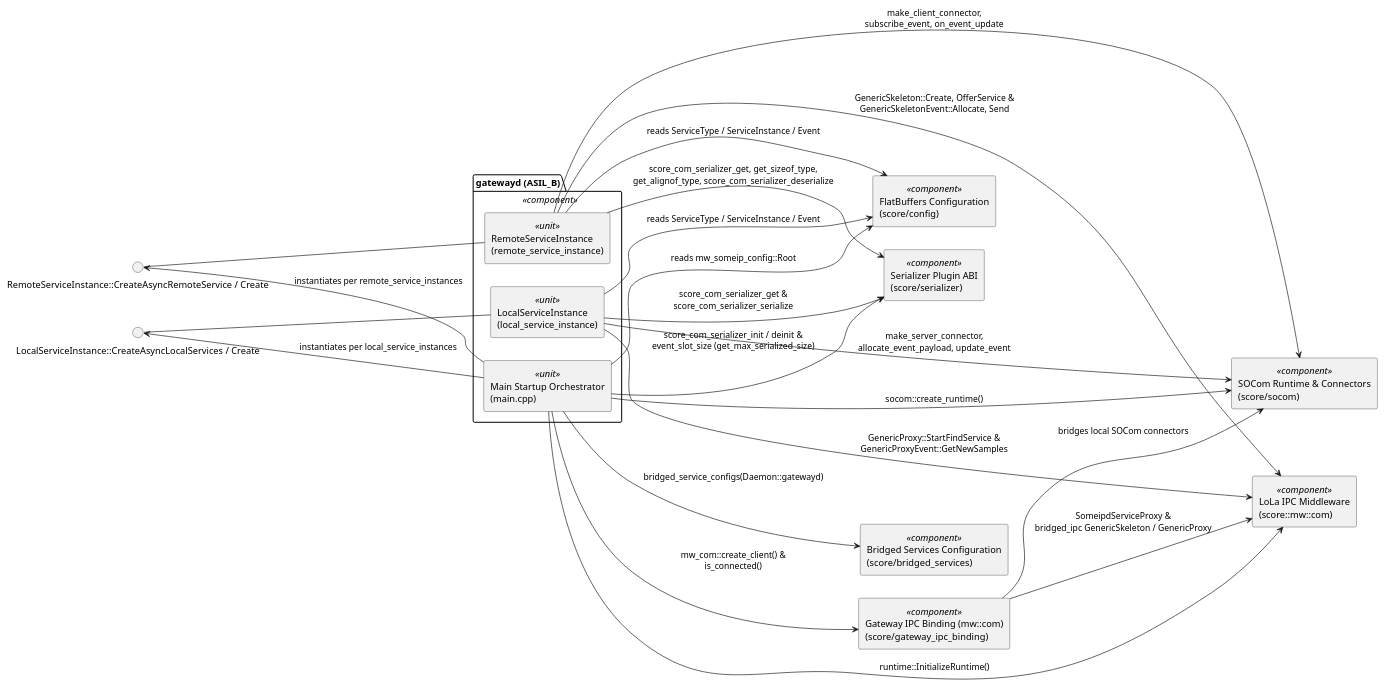
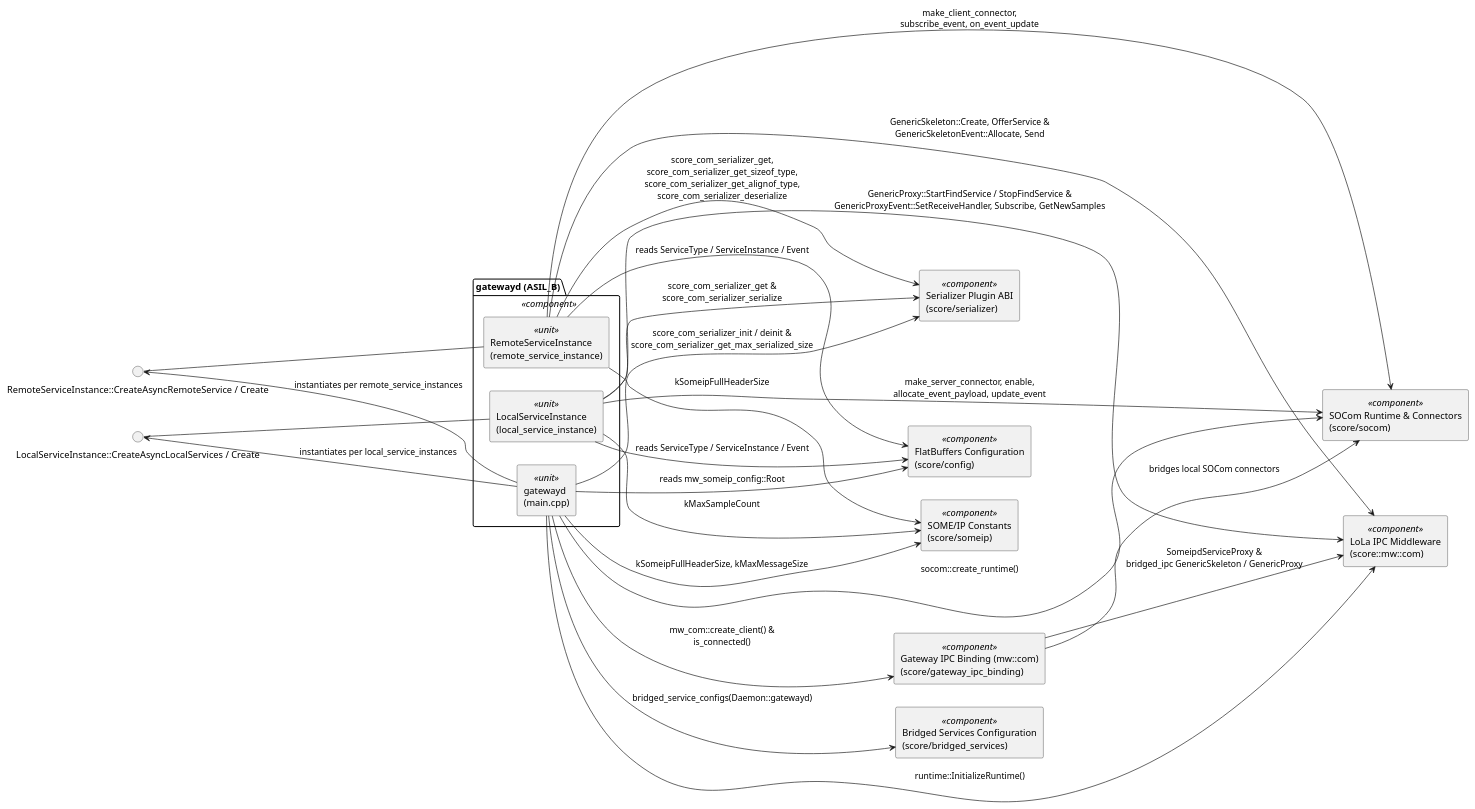
Before and after one commit to eclipse-score/inc_someip_gateway: the diagram in score/gatewayd/docs/models/component_diagram_gatewayd.puml, drawn with PlantUML. The commit also changed 11 other files, not shown here.

Commit message:
docs: align gatewayd, gateway_ipc_binding, and socom docs with C++ implementation

```diff
--- a/score/gatewayd/docs/models/component_diagram_gatewayd.puml
+++ b/score/gatewayd/docs/models/component_diagram_gatewayd.puml
@@ -14,47 +14,51 @@
 @startuml component_diagram_gatewayd
 left to right direction
 skinparam componentStyle rectangle
 
 package "gatewayd (ASIL_B)" as gatewayd <<component>> {
-    component "Main Startup Orchestrator\n(main.cpp)" as main_orchestrator <<unit>>
+    component "gatewayd\n(main.cpp)" as gatewayd_main <<unit>>
     component "LocalServiceInstance\n(local_service_instance)" as local_service_instance <<unit>>
     component "RemoteServiceInstance\n(remote_service_instance)" as remote_service_instance <<unit>>
 }
 
 component "SOCom Runtime & Connectors\n(score/socom)" as socom <<component>>
 component "Gateway IPC Binding (mw::com)\n(score/gateway_ipc_binding)" as gateway_ipc_binding <<component>>
 component "Bridged Services Configuration\n(score/bridged_services)" as bridged_services <<component>>
 component "FlatBuffers Configuration\n(score/config)" as config <<component>>
+component "SOME/IP Constants\n(score/someip)" as someip <<component>>
 component "Serializer Plugin ABI\n(score/serializer)" as serializer <<component>>
 component "LoLa IPC Middleware\n(score::mw::com)" as mw_com <<component>>
 
 interface "LocalServiceInstance::CreateAsyncLocalServices / Create" as i_local_svc
 interface "RemoteServiceInstance::CreateAsyncRemoteService / Create" as i_remote_svc
 
 local_service_instance -u- i_local_svc
 remote_service_instance -u- i_remote_svc
 
-main_orchestrator --> i_local_svc : instantiates per local_service_instances
-main_orchestrator --> i_remote_svc : instantiates per remote_service_instances
+gatewayd_main --> i_local_svc : instantiates per local_service_instances
+gatewayd_main --> i_remote_svc : instantiates per remote_service_instances
 
-main_orchestrator --> config : reads mw_someip_config::Root
-main_orchestrator --> serializer : score_com_serializer_init / deinit &\nevent_slot_size (get_max_serialized_size)
-main_orchestrator --> bridged_services : bridged_service_configs(Daemon::gatewayd)
-main_orchestrator --> socom : socom::create_runtime()
-main_orchestrator --> gateway_ipc_binding : mw_com::create_client() &\nis_connected()
-main_orchestrator --> mw_com : runtime::InitializeRuntime()
+gatewayd_main --> config : reads mw_someip_config::Root
+gatewayd_main --> serializer : score_com_serializer_init / deinit &\nscore_com_serializer_get_max_serialized_size
+gatewayd_main --> someip : kSomeipFullHeaderSize, kMaxMessageSize
+gatewayd_main --> bridged_services : bridged_service_configs(Daemon::gatewayd)
+gatewayd_main --> socom : socom::create_runtime()
+gatewayd_main --> gateway_ipc_binding : mw_com::create_client() &\nis_connected()
+gatewayd_main --> mw_com : runtime::InitializeRuntime()
 
-local_service_instance --> mw_com : GenericProxy::StartFindService &\nGenericProxyEvent::GetNewSamples
+local_service_instance --> mw_com : GenericProxy::StartFindService / StopFindService &\nGenericProxyEvent::SetReceiveHandler, Subscribe, GetNewSamples
 local_service_instance --> serializer : score_com_serializer_get &\nscore_com_serializer_serialize
-local_service_instance --> socom : make_server_connector,\nallocate_event_payload, update_event
+local_service_instance --> socom : make_server_connector, enable,\nallocate_event_payload, update_event
+local_service_instance --> someip : kMaxSampleCount
 local_service_instance --> config : reads ServiceType / ServiceInstance / Event
 
 remote_service_instance --> mw_com : GenericSkeleton::Create, OfferService &\nGenericSkeletonEvent::Allocate, Send
-remote_service_instance --> serializer : score_com_serializer_get, get_sizeof_type,\nget_alignof_type, score_com_serializer_deserialize
+remote_service_instance --> serializer : score_com_serializer_get,\nscore_com_serializer_get_sizeof_type,\nscore_com_serializer_get_alignof_type,\nscore_com_serializer_deserialize
 remote_service_instance --> socom : make_client_connector,\nsubscribe_event, on_event_update
+remote_service_instance --> someip : kSomeipFullHeaderSize
 remote_service_instance --> config : reads ServiceType / ServiceInstance / Event
 
 gateway_ipc_binding --> socom : bridges local SOCom connectors
 gateway_ipc_binding --> mw_com : SomeipdServiceProxy &\nbridged_ipc GenericSkeleton / GenericProxy
 
 @enduml
```
